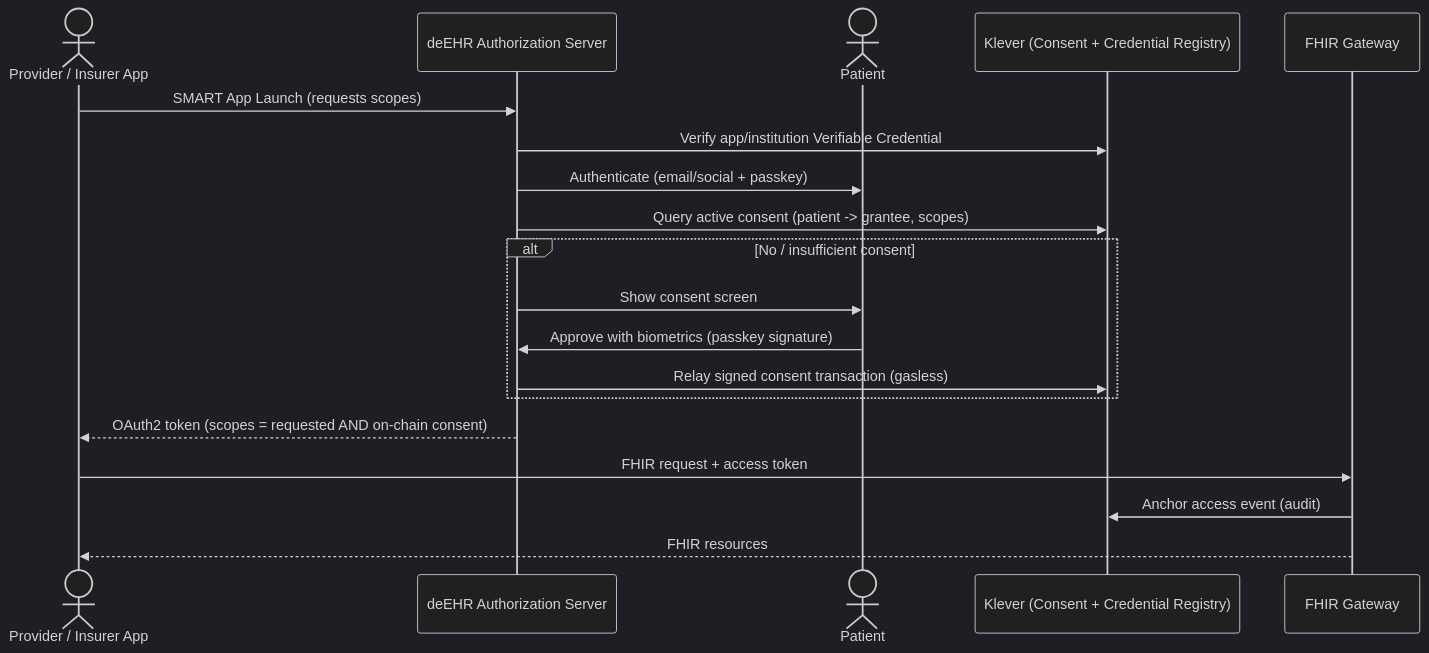
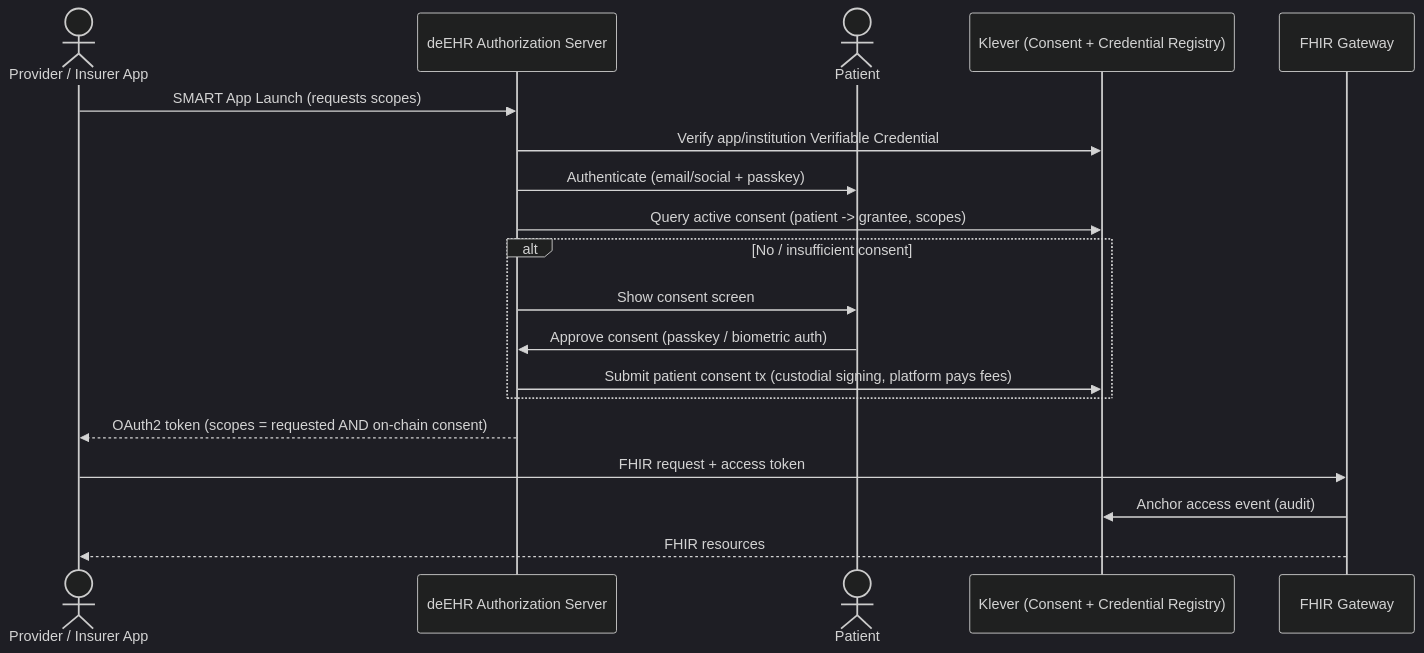
Before and after one commit to brunocampos-ssa/deEHR: the second of 2 diagrams in README.md, drawn with Mermaid (dark theme). The commit also changed other lines of this file and 2 other files, not shown here.

````diff
--- a/README.md
+++ b/README.md
@@ -191,22 +191,22 @@
 ```mermaid
 sequenceDiagram
   actor App as Provider / Insurer App
   participant AS as deEHR Authorization Server
   actor Pt as Patient
   participant Chain as Klever (Consent + Credential Registry)
   participant GW as FHIR Gateway
 
   App->>AS: SMART App Launch (requests scopes)
   AS->>Chain: Verify app/institution Verifiable Credential
   AS->>Pt: Authenticate (email/social + passkey)
   AS->>Chain: Query active consent (patient -> grantee, scopes)
   alt No / insufficient consent
     AS->>Pt: Show consent screen
-    Pt->>AS: Approve with biometrics (passkey signature)
-    AS->>Chain: Relay signed consent transaction (gasless)
+    Pt->>AS: Approve consent (passkey / biometric auth)
+    AS->>Chain: Submit patient consent tx (custodial signing, platform pays fees)
   end
   AS-->>App: OAuth2 token (scopes = requested AND on-chain consent)
   App->>GW: FHIR request + access token
   GW->>Chain: Anchor access event (audit)
   GW-->>App: FHIR resources
 ```
````
